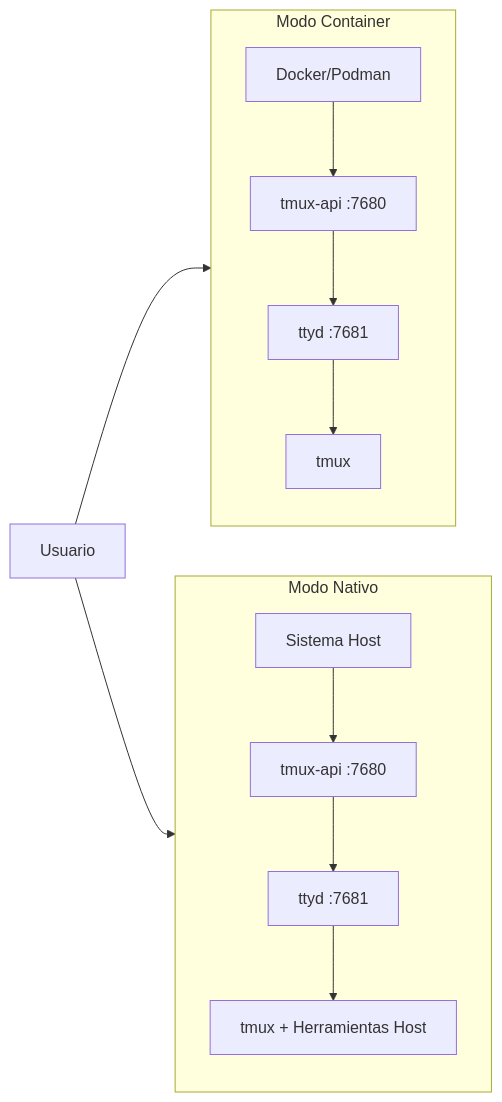
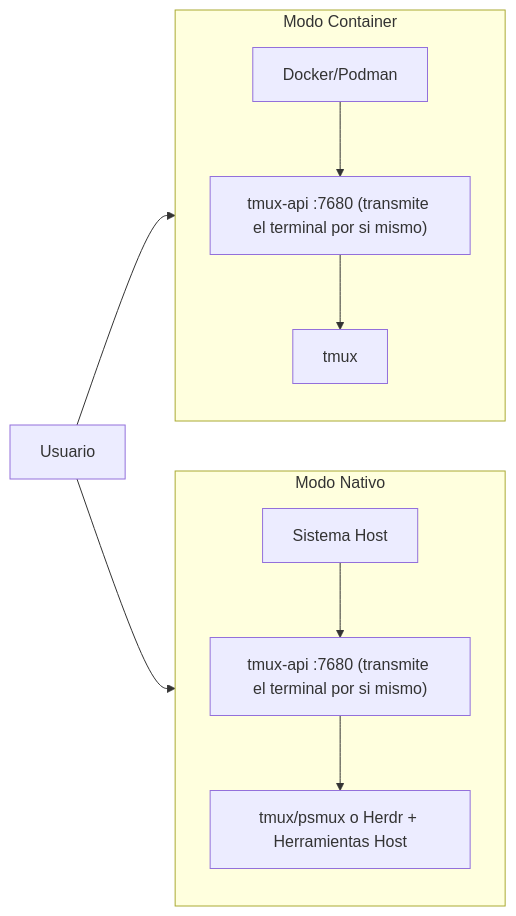
Before and after one commit to lamngockhuong/termote: the second of 2 diagrams in README.es.md, drawn with Mermaid. The commit also changed other lines of this file and 16 other files, not shown here.

````diff
--- a/README.es.md
+++ b/README.es.md
@@ -219,14 +224,14 @@
 ```mermaid
 flowchart LR
     subgraph Container["Modo Container"]
         direction TB
-        C1["Docker/Podman"] --> C2["tmux-api :7680"] --> C3["ttyd :7681"] --> C4["tmux"]
+        C1["Docker/Podman"] --> C2["tmux-api :7680 (transmite el terminal por si mismo)"] --> C3["tmux"]
     end
 
     subgraph Native["Modo Nativo"]
         direction TB
-        N1["Sistema Host"] --> N2["tmux-api :7680"] --> N3["ttyd :7681"] --> N4["tmux + Herramientas Host"]
+        N1["Sistema Host"] --> N2["tmux-api :7680 (transmite el terminal por si mismo)"] --> N3["tmux/psmux o Herdr + Herramientas Host"]
     end
 
     User["Usuario"] --> Container & Native
 ```
````
